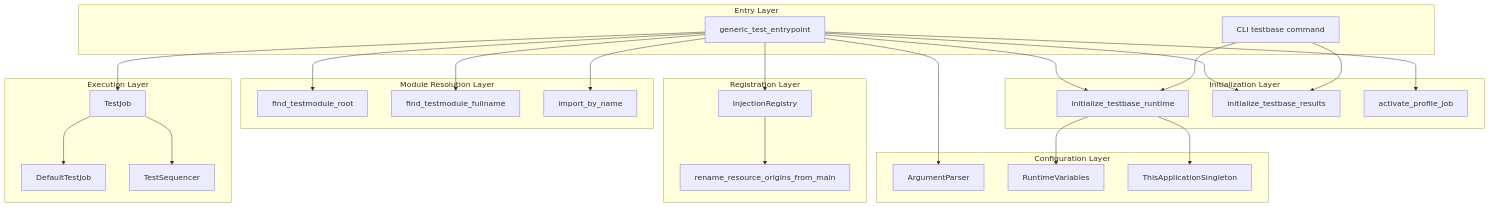
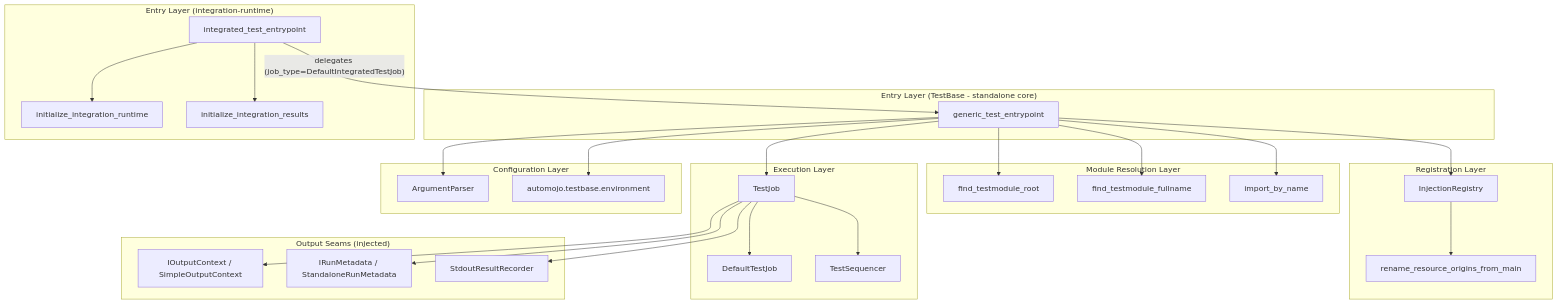
One commit to code-craft-ai-company/codecraftai-testbase changed the first of 10 diagrams in specs/entrypoints/design.md. Above: the diagram before and after it, drawn with Mermaid. The commit also changed other lines of this file and 109 other files, not shown here.

Commit message:
refactor: decouple results/reporting and add standalone seams (Phase 3/5); update specs

````diff
--- a/specs/entrypoints/design.md
+++ b/specs/entrypoints/design.md
@@ -23,57 +23,61 @@
 ```mermaid
 graph TB
-    subgraph "Entry Layer"
+    subgraph "Entry Layer (TestBase - standalone core)"
         GTE[generic_test_entrypoint]
-        CLI[CLI testbase command]
     end
-    
-    subgraph "Initialization Layer"
-        ITR[initialize_testbase_runtime]
-        ITRES[initialize_testbase_results]
-        AP[activate_profile_job]
+
+    subgraph "Entry Layer (integration-runtime)"
+        ITE[integrated_test_entrypoint]
+        IIR[initialize_integration_runtime]
+        IIRES[initialize_integration_results]
     end
-    
+
     subgraph "Module Resolution Layer"
         FTR[find_testmodule_root]
         FTF[find_testmodule_fullname]
         IBN[import_by_name]
     end
     
     subgraph "Registration Layer"
         IR[InjectionRegistry]
         RRO[rename_resource_origins_from_main]
     end
     
     subgraph "Execution Layer"
         TJ[TestJob]
         DTJ[DefaultTestJob]
         TS[TestSequencer]
     end
-    
+
+    subgraph "Output Seams (injected)"
+        OC[IOutputContext / SimpleOutputContext]
+        RM[IRunMetadata / StandaloneRunMetadata]
+        RR[StdoutResultRecorder]
+    end
+
     subgraph "Configuration Layer"
         AP2[ArgumentParser]
-        RV[RuntimeVariables]
-        TAS[ThisApplicationSingleton]
+        ENV[automojo.testbase.environment]
     end
-    
-    GTE --> ITR
-    GTE --> ITRES
-    GTE --> AP
-    CLI --> ITR
-    CLI --> ITRES
-    
+
     GTE --> FTR
     GTE --> FTF
     GTE --> IBN
-    
+
     GTE --> IR
     IR --> RRO
-    
+
     GTE --> TJ
     TJ --> DTJ
     TJ --> TS
-    
+    TJ --> OC
+    TJ --> RM
+    TJ --> RR
+
     GTE --> AP2
-    ITR --> TAS
-    ITR --> RV
+    GTE --> ENV
+
+    ITE --> IIR
+    ITE --> IIRES
+    ITE -->|"delegates (job_type=DefaultIntegratedTestJob)"| GTE
 ```
````
